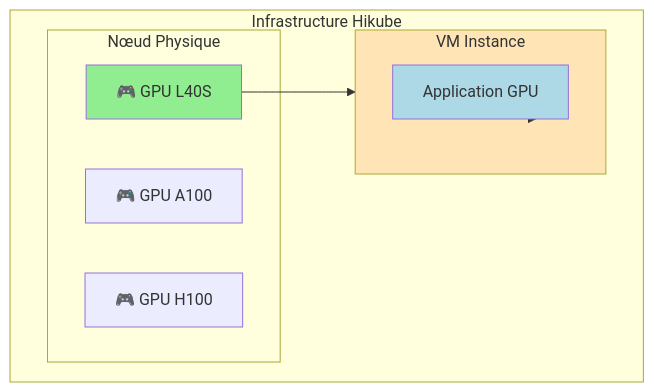
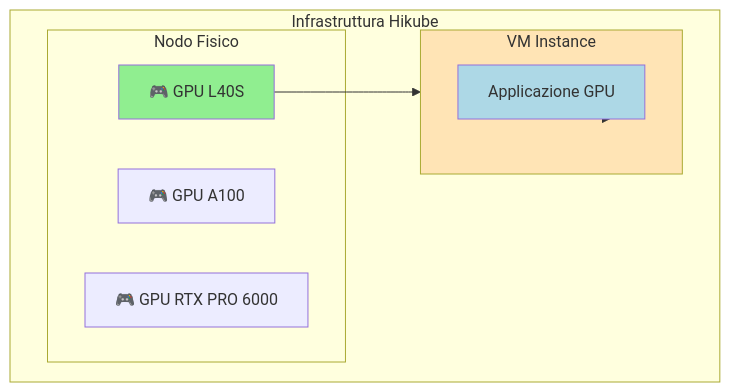
Before and after one commit to HidoraSwiss/hikube-public-doc: the first of 2 diagrams in i18n/it/docusaurus-plugin-content-docs/current/services/gpu/overview.md, drawn with Mermaid. The commit also changed other lines of this file and 20 other files, not shown here.

````diff
--- a/i18n/it/docusaurus-plugin-content-docs/current/services/gpu/overview.md
+++ b/i18n/it/docusaurus-plugin-content-docs/current/services/gpu/overview.md
@@ -69,21 +71,21 @@
 ```mermaid
 flowchart TD
-    subgraph HIKUBE["Infrastructure Hikube"]
-        subgraph NODE["Nœud Physique"]
+    subgraph HIKUBE["Infrastruttura Hikube"]
+        subgraph NODE["Nodo Fisico"]
             GPU1["🎮 GPU L40S"]
             GPU2["🎮 GPU A100"]
-            GPU3["🎮 GPU H100"]
+            GPU3["🎮 GPU RTX PRO 6000"]
         end
-
+        
         subgraph VM1["VM Instance"]
-            APP1["Application GPU"]
+            APP1["Applicazione GPU"]
         end
     end
-
+    
     GPU1 --> VM1
     VM1 --> APP1
-
+    
     style GPU1 fill:#90EE90
     style VM1 fill:#FFE4B5
     style APP1 fill:#ADD8E6
 ```
````
